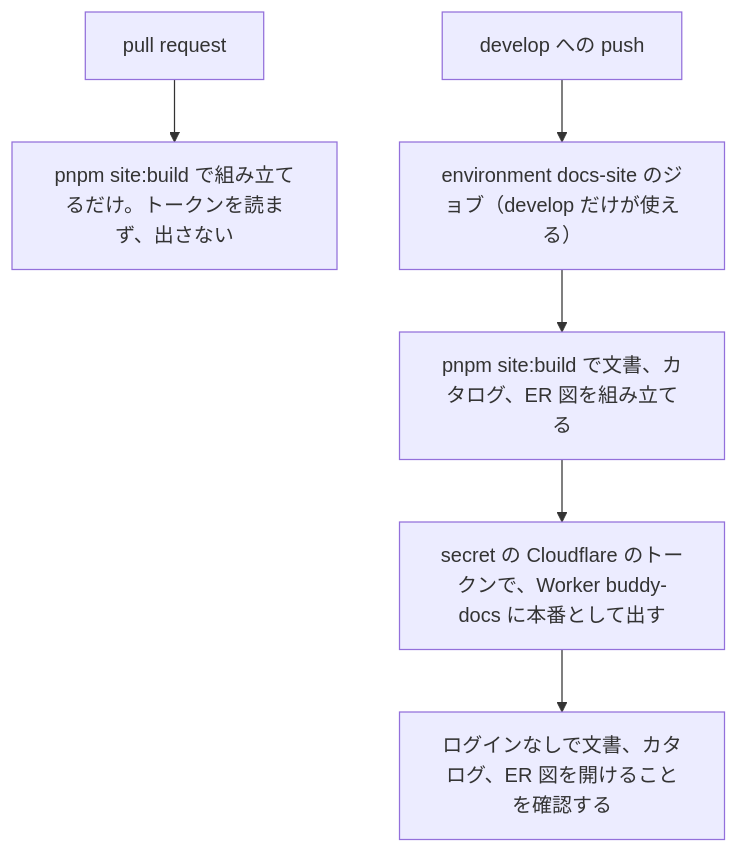
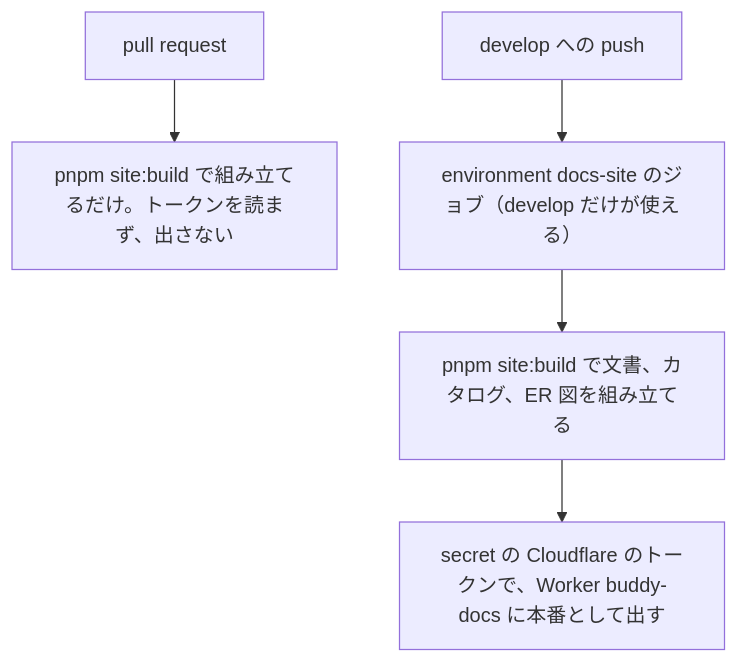
The second of 2 diagrams in docs/adr/0004-design-system.md (Fukuemon/buddy), drawn with Mermaid before and after one commit. The commit also changed other lines of this file and 6 other files, not shown here.

````diff
--- a/docs/adr/0004-design-system.md
+++ b/docs/adr/0004-design-system.md
@@ -158,8 +158,7 @@
 ```mermaid
 flowchart TB
     pr["pull request"] --> prbuild["pnpm site:build で組み立てるだけ。トークンを読まず、出さない"]
     push["develop への push"] --> env["environment docs-site のジョブ（develop だけが使える）"]
     env --> build["pnpm site:build で文書、カタログ、ER 図を組み立てる"]
     build --> deploy["secret の Cloudflare のトークンで、Worker buddy-docs に本番として出す"]
-    deploy --> check["ログインなしで文書、カタログ、ER 図を開けることを確認する"]
 ```
````
